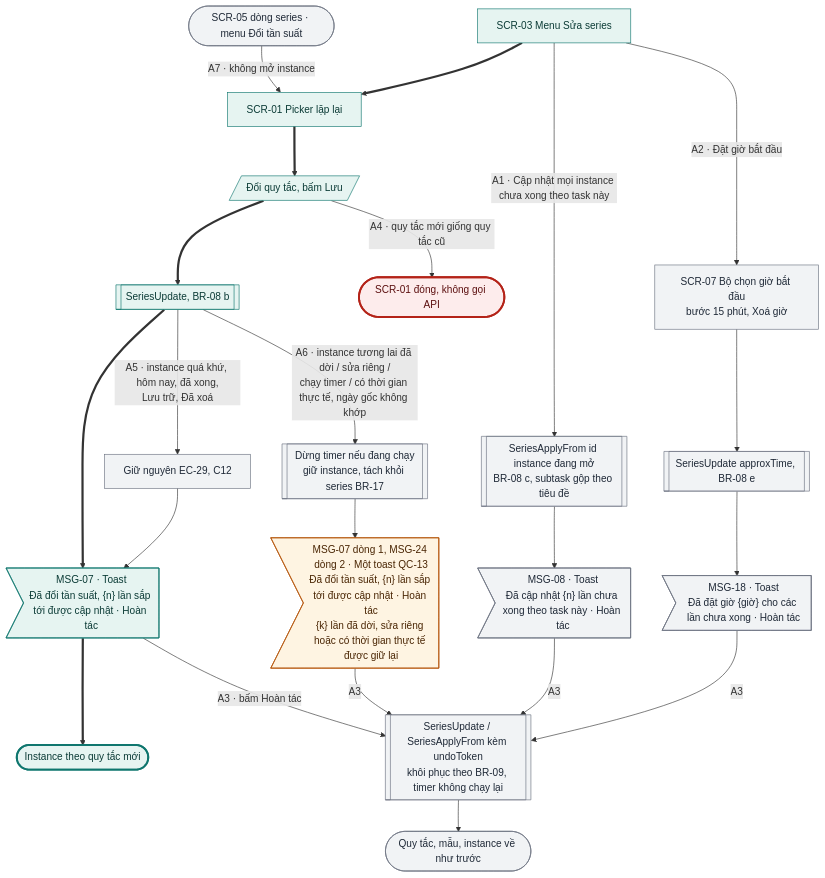
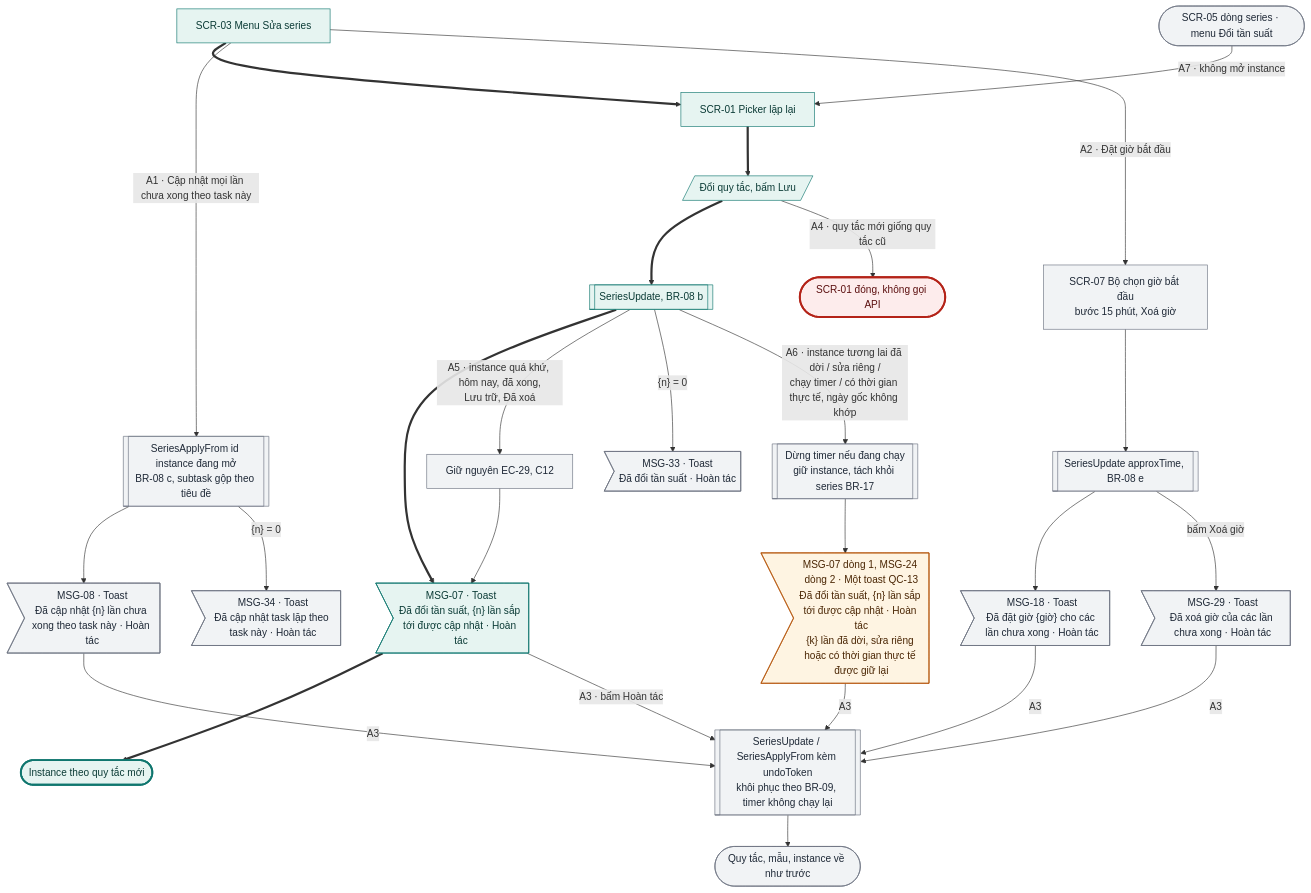
Before and after one commit to tannguyenho/personal-app: the tenth of 19 diagrams in docs/design-brief/flow/g03-task-lap-lai.md, drawn with Mermaid. The commit also changed other lines of this file and 8 other files, not shown here.

````diff
--- a/docs/design-brief/flow/g03-task-lap-lai.md
+++ b/docs/design-brief/flow/g03-task-lap-lai.md
@@ -405,42 +407,46 @@
 ```mermaid
 flowchart TD
   s1["SCR-03 Menu Sửa series"]
   s2["SCR-01 Picker lặp lại"]
   u3[/"Đổi quy tắc, bấm Lưu"/]
   p1[["SeriesUpdate, BR-08 b"]]
   m1>"MSG-07 · Toast<br/>Đã đổi tần suất, {n} lần sắp tới được cập nhật · Hoàn tác"]
   ok(["Instance theo quy tắc mới"])
   s1 ==> s2 ==> u3 ==> p1 ==> m1 ==> ok
 
-  s1 -->|"A1 · Cập nhật mọi instance chưa xong theo task này"| a1[["SeriesApplyFrom id instance đang mở<br/>BR-08 c, subtask gộp theo tiêu đề"]]
+  s1 -->|"A1 · Cập nhật mọi lần chưa xong theo task này"| a1[["SeriesApplyFrom id instance đang mở<br/>BR-08 c, subtask gộp theo tiêu đề"]]
   a1 --> a1m>"MSG-08 · Toast<br/>Đã cập nhật {n} lần chưa xong theo task này · Hoàn tác"]
+  a1 -->|"{n} = 0"| a1z>"MSG-34 · Toast<br/>Đã cập nhật task lặp theo task này · Hoàn tác"]
   s1 -->|"A2 · Đặt giờ bắt đầu"| a2["SCR-07 Bộ chọn giờ bắt đầu<br/>bước 15 phút, Xoá giờ"]
   a2 --> a2p[["SeriesUpdate approxTime, BR-08 e"]]
   a2p --> a2m>"MSG-18 · Toast<br/>Đã đặt giờ {giờ} cho các lần chưa xong · Hoàn tác"]
+  a2p -->|"bấm Xoá giờ"| a2x>"MSG-29 · Toast<br/>Đã xoá giờ của các lần chưa xong · Hoàn tác"]
   u3 -->|"A4 · quy tắc mới giống quy tắc cũ"| a4(["SCR-01 đóng, không gọi API"])
   p1 -->|"A5 · instance quá khứ, hôm nay, đã xong,<br/>Lưu trữ, Đã xoá"| a5["Giữ nguyên EC-29, C12"]
   a5 --> m1
+  p1 -->|"{n} = 0"| m0>"MSG-33 · Toast<br/>Đã đổi tần suất · Hoàn tác"]
   p1 -->|"A6 · instance tương lai đã dời / sửa riêng /<br/>chạy timer / có thời gian thực tế, ngày gốc không khớp"| a6[["Dừng timer nếu đang chạy<br/>giữ instance, tách khỏi series BR-17"]]
   a6 --> a6m>"MSG-07 dòng 1, MSG-24 dòng 2 · Một toast QC-13<br/>Đã đổi tần suất, {n} lần sắp tới được cập nhật · Hoàn tác<br/>{k} lần đã dời, sửa riêng hoặc có thời gian thực tế được giữ lại"]
   a7s(["SCR-05 dòng series · menu Đổi tần suất"]) -->|"A7 · không mở instance"| s2
   m1 -->|"A3 · bấm Hoàn tác"| a3[["SeriesUpdate / SeriesApplyFrom kèm undoToken<br/>khôi phục theo BR-09, timer không chạy lại"]]
   a1m -->|"A3"| a3
   a2m -->|"A3"| a3
   a6m -->|"A3"| a3
+  a2x -->|"A3"| a3
   a3 --> a3e(["Quy tắc, mẫu, instance về như trước"])
 
   class s1,s2,u3,p1,m1 happy
-  class a1,a1m,a2,a2p,a2m,a5,a6,a3,a3e,a7s alt
+  class a1,a1m,a1z,a2,a2p,a2m,a2x,a5,a6,a3,a3e,a7s,m0 alt
   class a6m warn
   class a4 fail
   class ok done
   classDef happy fill:#E6F4F1,stroke:#0F766E,color:#0B3B36
   classDef alt fill:#F1F3F5,stroke:#6B7280,color:#1F2937
   classDef err fill:#FDECEC,stroke:#B42318,color:#5C1010
   classDef warn fill:#FEF4E2,stroke:#B45309,color:#4A2604
   classDef ai fill:#F1ECFD,stroke:#6D28D9,color:#2E1065
   classDef sync fill:#FFFFFF,stroke:#6B7280,stroke-dasharray:4 3,color:#1F2937
   classDef link fill:#FFFFFF,stroke:#0F766E,stroke-dasharray:4 3,color:#0B3B36
   classDef done fill:#E6F4F1,stroke:#0F766E,stroke-width:3px,color:#0B3B36
   classDef fail fill:#FDECEC,stroke:#B42318,stroke-width:3px,color:#5C1010
 ```
````
